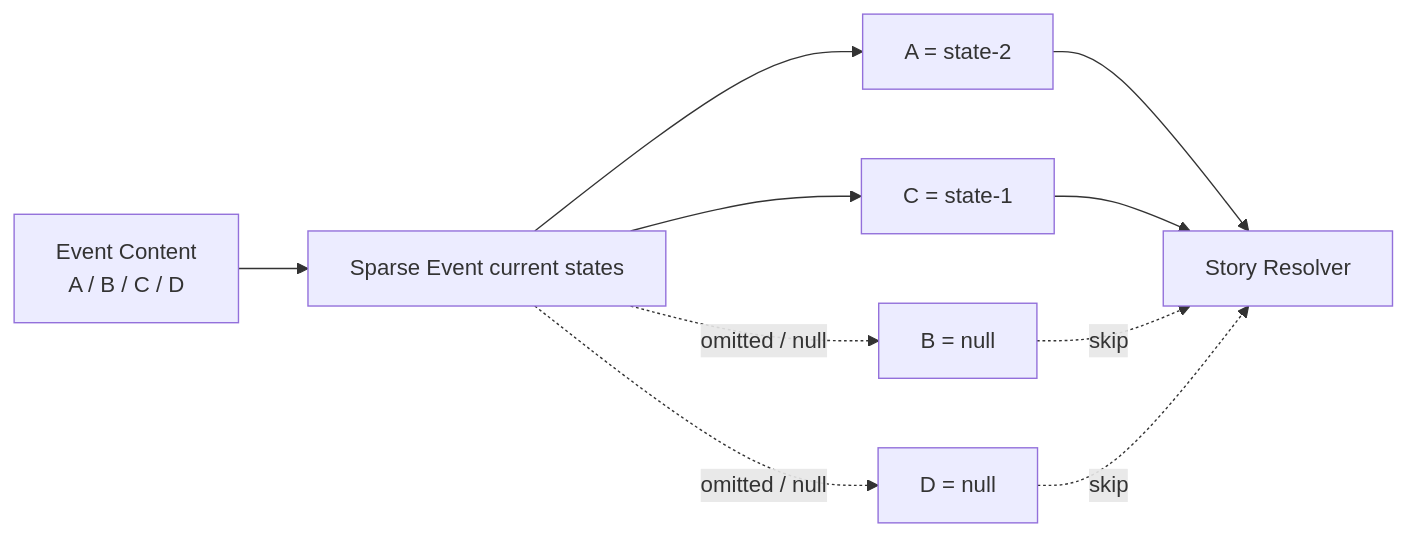
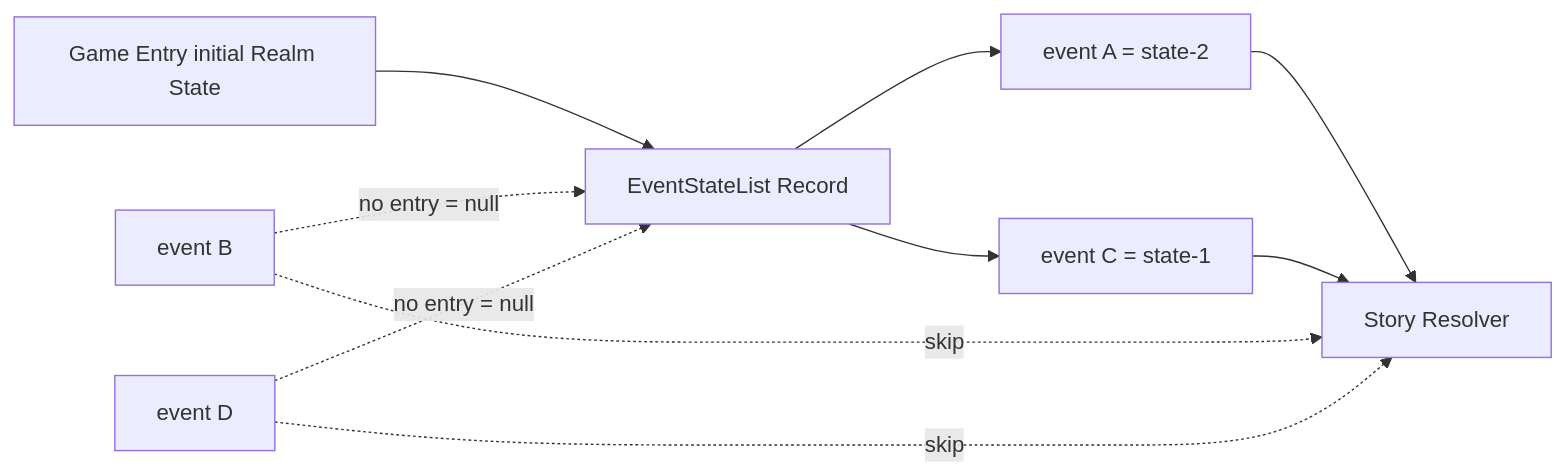
The second of 7 diagrams in examples/PokeMan/doc/65-data-model-diagram.md (lithdoo/loom-realm), drawn with Mermaid before and after one commit. The commit also changed other lines of this file, not shown here.

Commit message:
docs(PokeMan): update canonical data model diagrams

````diff
--- a/examples/PokeMan/doc/65-data-model-diagram.md
+++ b/examples/PokeMan/doc/65-data-model-diagram.md
@@ -222,14 +223,15 @@
 ```mermaid
 flowchart LR
-    C[Event Content<br/>A / B / C / D] --> S[Sparse Event current states]
+    I[Game Entry initial Realm State] --> L[EventStateList Record]
 
-    S --> A[A = state-2]
-    S --> C1[C = state-1]
-    S -. omitted / null .-> B[B = null]
-    S -. omitted / null .-> D[D = null]
+    L --> A[event A = state-2]
+    L --> C[event C = state-1]
+
+    B[event B] -. no entry = null .-> L
+    D[event D] -. no entry = null .-> L
 
     A --> R[Story Resolver]
-    C1 --> R
+    C --> R
     B -. skip .-> R
     D -. skip .-> R
 ```
````
